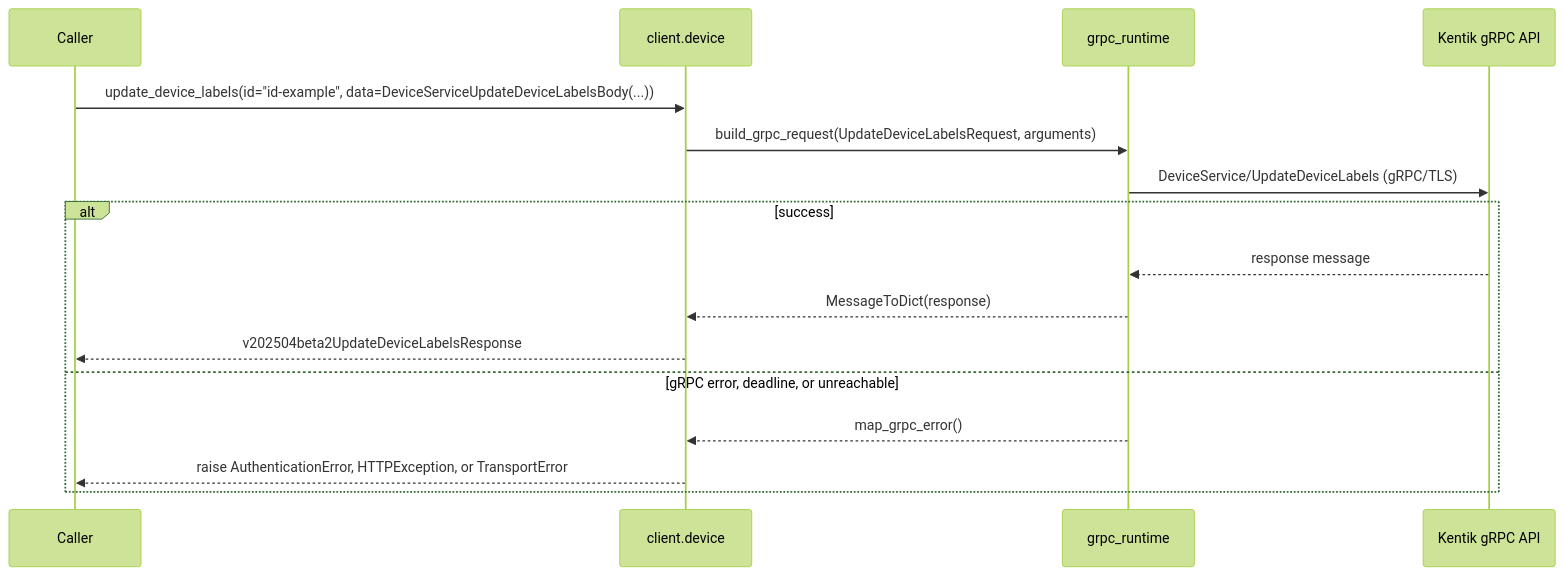
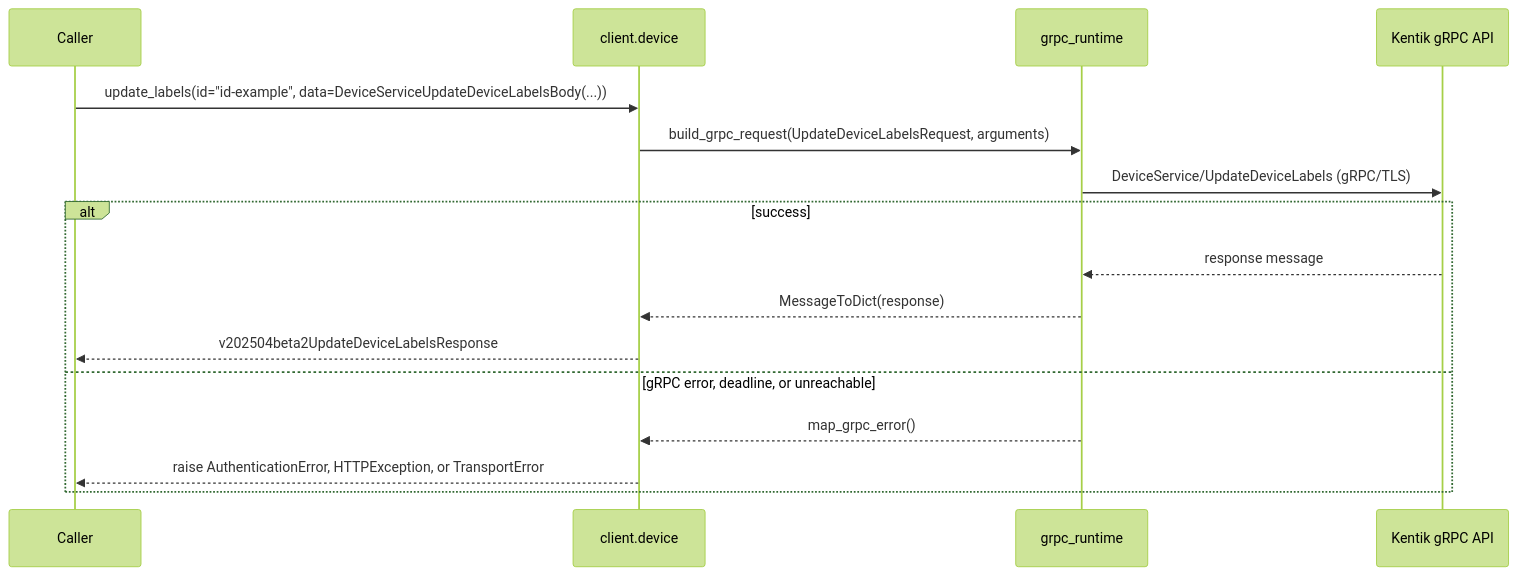
One commit to alexdearaujo/community_sdk_python changed diagram 21 of 22 in docs/sphinx/services/device.md. Above: the diagram before and after it, drawn with Mermaid (forest theme). The commit also changed other lines of this file and 28 other files, not shown here.

````diff
--- a/docs/sphinx/services/device.md
+++ b/docs/sphinx/services/device.md
@@ -746,19 +746,19 @@
 ```mermaid
 sequenceDiagram
     participant C as Caller
     participant W as client.device
     participant R as grpc_runtime
     participant API as Kentik gRPC API
 
-    C->>W: update_device_labels(id="id-example", data=DeviceServiceUpdateDeviceLabelsBody(...))
+    C->>W: update_labels(id="id-example", data=DeviceServiceUpdateDeviceLabelsBody(...))
     W->>R: build_grpc_request(UpdateDeviceLabelsRequest, arguments)
     R->>API: DeviceService/UpdateDeviceLabels (gRPC/TLS)
     alt success
         API-->>R: response message
         R-->>W: MessageToDict(response)
         W-->>C: v202504beta2UpdateDeviceLabelsResponse
     else gRPC error, deadline, or unreachable
         R-->>W: map_grpc_error()
         W-->>C: raise AuthenticationError, HTTPException, or TransportError
     end
 ```
````
